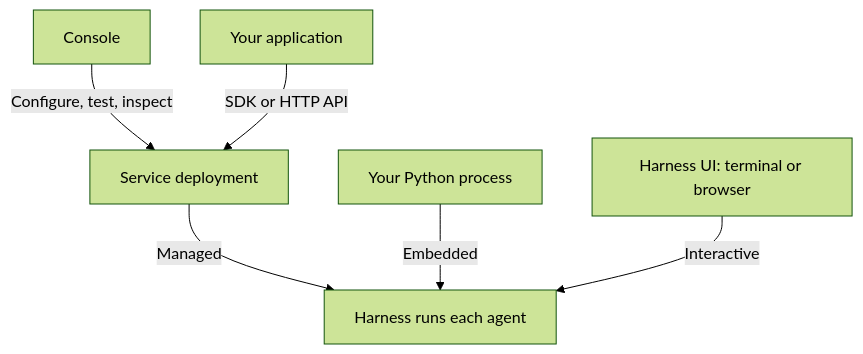
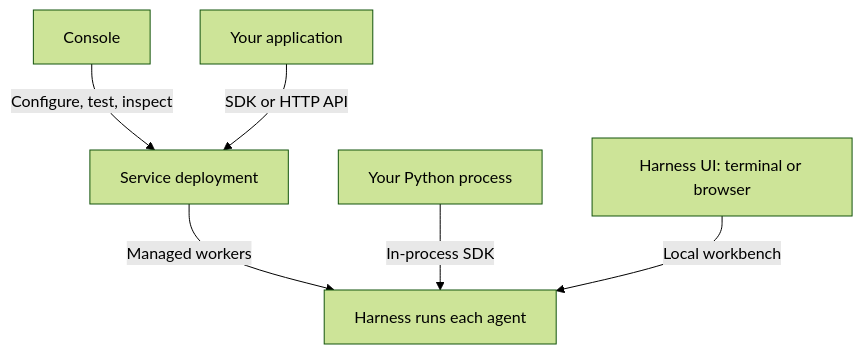
Before and after one commit to converge-ai-labs/agent-foundation: the diagram in docs/overview/choose-your-path.md, drawn with Mermaid (forest theme). The commit also changed other lines of this file and 258 other files, not shown here.

````diff
--- a/docs/overview/choose-your-path.md
+++ b/docs/overview/choose-your-path.md
@@ -23,13 +23,13 @@
 ```mermaid
 flowchart TB
     Console["Console"] -->|"Configure, test, inspect"| Service["Service deployment"]
     Client["Your application"] -->|"SDK or HTTP API"| Service
     Process["Your Python process"]
     Workbench["Harness UI: terminal or browser"]
-    Service -->|"Managed"| Harness["Harness runs each agent"]
-    Process -->|"Embedded"| Harness
-    Workbench -->|"Interactive"| Harness
+    Service -->|"Managed workers"| Harness["Harness runs each agent"]
+    Process -->|"In-process SDK"| Harness
+    Workbench -->|"Local workbench"| Harness
 
     class Console,Client,Process,Workbench app
     class Service,Harness a13n
 ```
````
